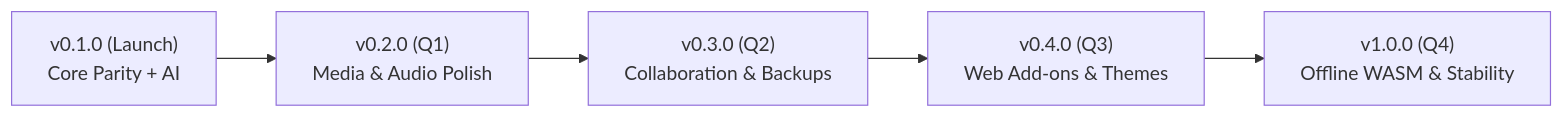
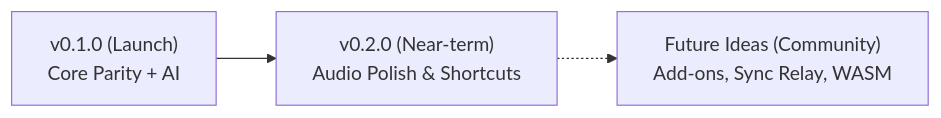
One commit to OrkenSab/cardly changed the diagram in docs/ROADMAP.md. Above: the diagram before and after it, drawn with Mermaid. The commit also changed other lines of this file and 20 other files, not shown here.

````diff
--- a/docs/ROADMAP.md
+++ b/docs/ROADMAP.md
@@ -22,7 +22,5 @@
 ```mermaid
 flowchart LR
-    v010["v0.1.0 (Launch)<br/>Core Parity + AI"] --> v020["v0.2.0 (Q1)<br/>Media & Audio Polish"]
-    v020 --> v030["v0.3.0 (Q2)<br/>Collaboration & Backups"]
-    v030 --> v040["v0.4.0 (Q3)<br/>Web Add-ons & Themes"]
-    v040 --> v100["v1.0.0 (Q4)<br/>Offline WASM & Stability"]
+    v010["v0.1.0 (Launch)<br/>Core Parity + AI"] --> v020["v0.2.0 (Near-term)<br/>Audio Polish & Shortcuts"]
+    v020 -.-> ideas["Future Ideas (Community)<br/>Add-ons, Sync Relay, WASM"]
 ```
````
